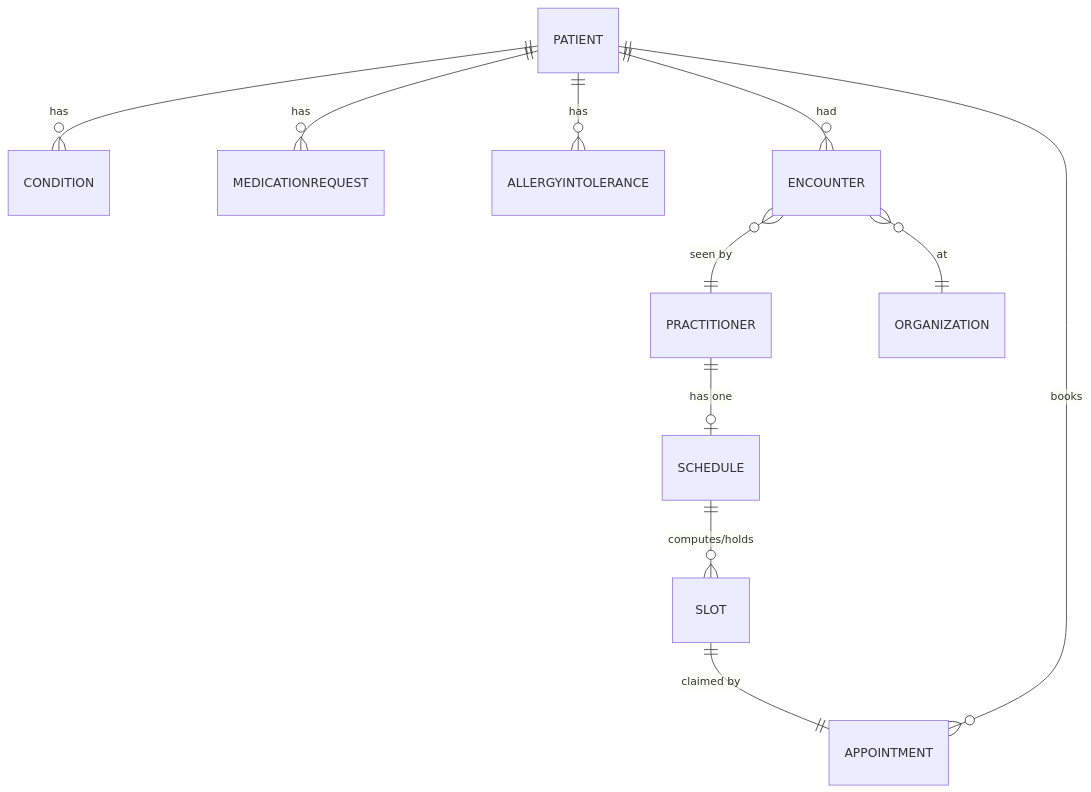
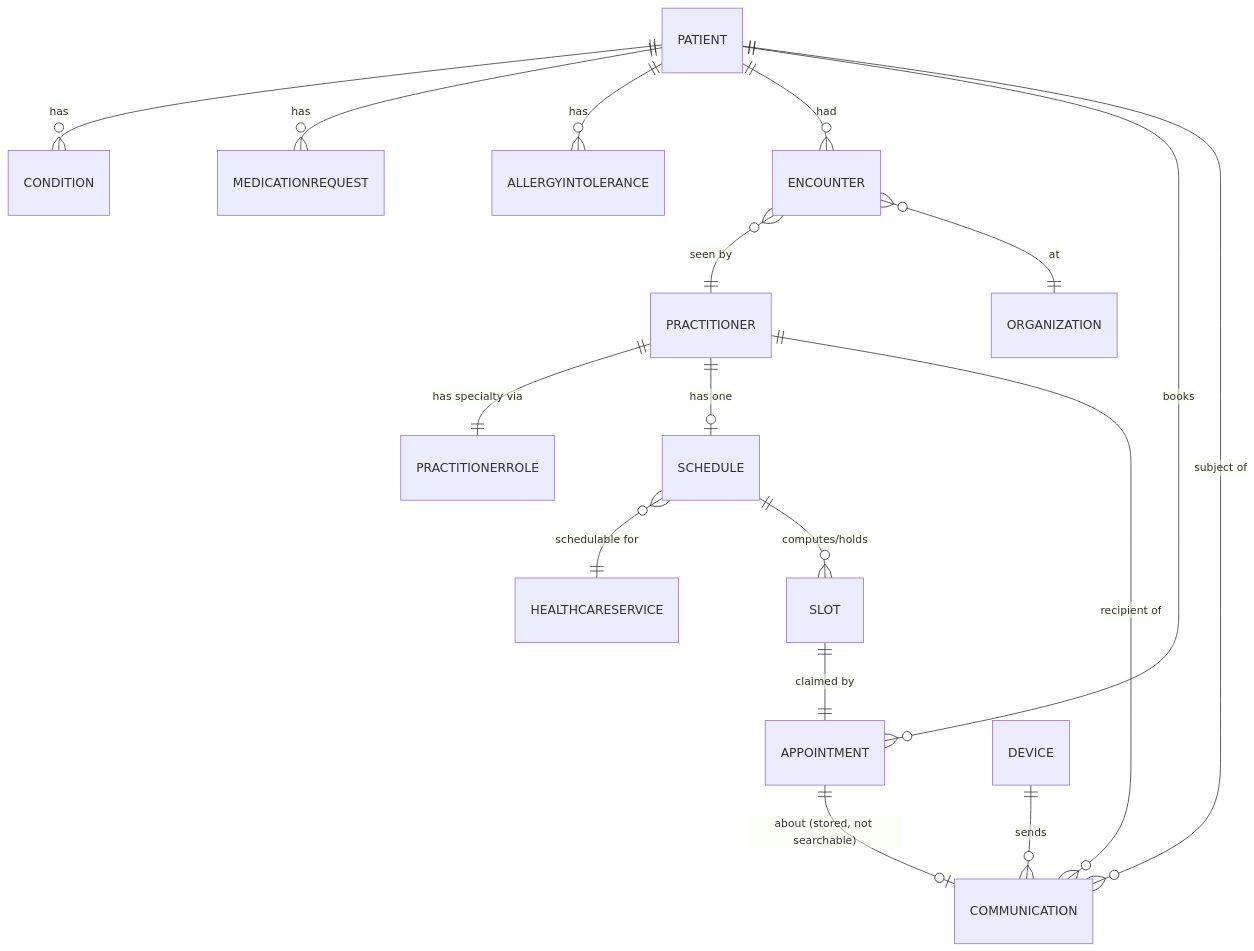
One commit to RTE404/Doctor-Appointment-Agent changed the diagram in docs/Doctor_Appointment_Agent_Data_Model.md. Above: the diagram before and after it, drawn with Mermaid. The commit also changed other lines of this file and 9 other files, not shown here.

````diff
--- a/docs/Doctor_Appointment_Agent_Data_Model.md
+++ b/docs/Doctor_Appointment_Agent_Data_Model.md
@@ -241,13 +245,19 @@
 ```mermaid
 erDiagram
     PATIENT ||--o{ CONDITION : has
     PATIENT ||--o{ MEDICATIONREQUEST : has
     PATIENT ||--o{ ALLERGYINTOLERANCE : has
     PATIENT ||--o{ ENCOUNTER : had
     ENCOUNTER }o--|| PRACTITIONER : "seen by"
     ENCOUNTER }o--|| ORGANIZATION : "at"
+    PRACTITIONER ||--|| PRACTITIONERROLE : "has specialty via"
     PRACTITIONER ||--o| SCHEDULE : "has one"
+    SCHEDULE }o--|| HEALTHCARESERVICE : "schedulable for"
     SCHEDULE ||--o{ SLOT : "computes/holds"
     SLOT ||--|| APPOINTMENT : "claimed by"
     PATIENT ||--o{ APPOINTMENT : books
+    PATIENT ||--o{ COMMUNICATION : "subject of"
+    PRACTITIONER ||--o{ COMMUNICATION : "recipient of"
+    DEVICE ||--o{ COMMUNICATION : sends
+    APPOINTMENT ||--o| COMMUNICATION : "about (stored, not searchable)"
 ```
````
